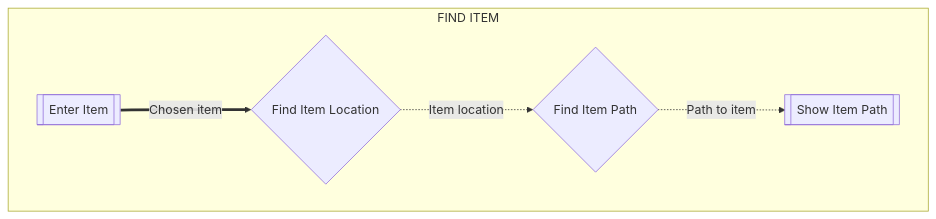
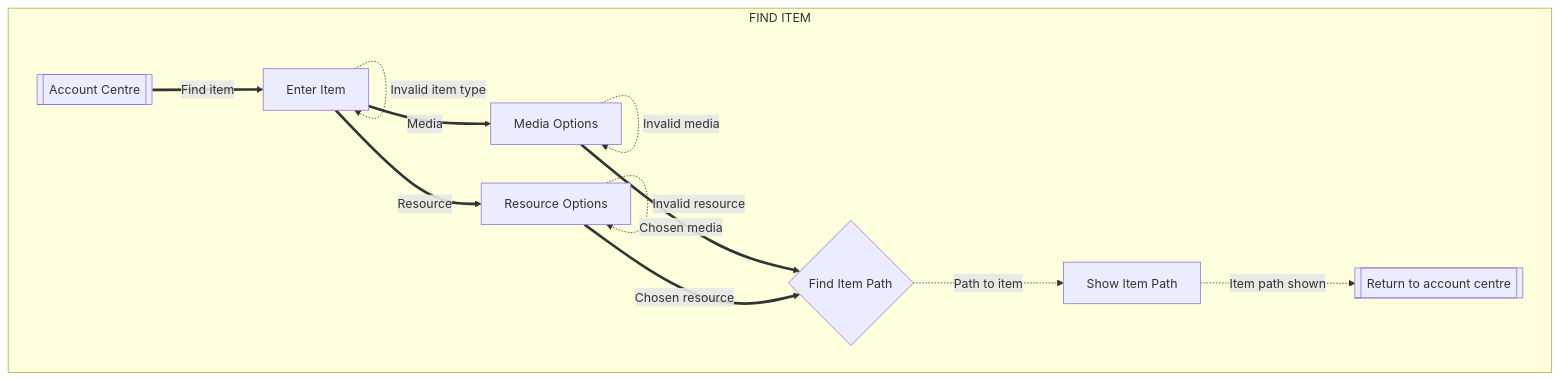
One commit to samanthaegilson/LibrarySystem changed the fourth of 6 diagrams in README.md. Above: the diagram before and after it, drawn with Mermaid. The commit also changed other lines of this file and 31 other files, not shown here.

````diff
--- a/README.md
+++ b/README.md
@@ -126,15 +159,28 @@
 ```mermaid
 flowchart
     subgraph FIND ITEM
-        enterItem[[Enter Item]]
+        accountCentre[[Account Centre]]
+        enterItem[Enter Item]
         
-        findItemLocation{Find Item Location}
+        accountCentre== Find item==> enterItem
+        
+        mediaOptions[Media Options]
+        resourceOptions[Resource Options]
+        
+        enterItem ==Media==> mediaOptions
+        enterItem ==Resource==> resourceOptions
+        enterItem -.Invalid item type.-> enterItem
+        
         findItemPath{Find Item Path}
-        showItemPath[[Show Item Path]]
+        showItemPath[Show Item Path]
+        returnAccountCentre[[Return to account centre]]
         
-        enterItem==Chosen item==>findItemLocation
-        findItemLocation-.Item location.->findItemPath
-        findItemPath-.Path to item.->showItemPath
+        mediaOptions ==Chosen media==> findItemPath
+        mediaOptions -.Invalid media.-> mediaOptions
+        resourceOptions ==Chosen resource==> findItemPath
+        resourceOptions -.Invalid resource.-> resourceOptions
+        findItemPath -.Path to item.-> showItemPath
+        showItemPath -.Item path shown.-> returnAccountCentre
         
     end
 ```
````
